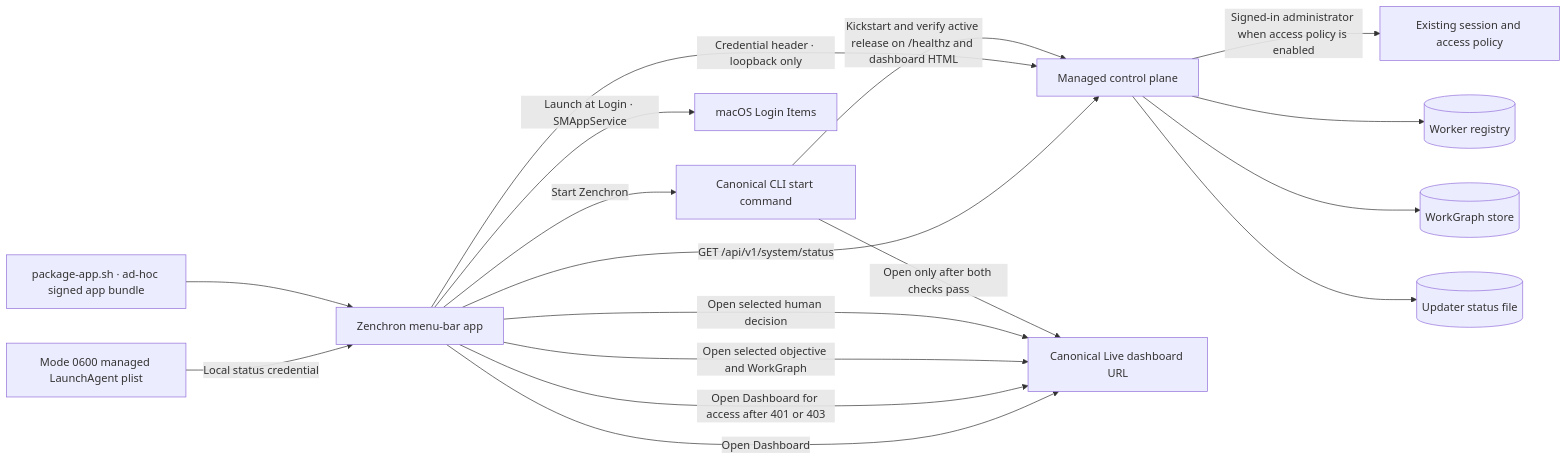
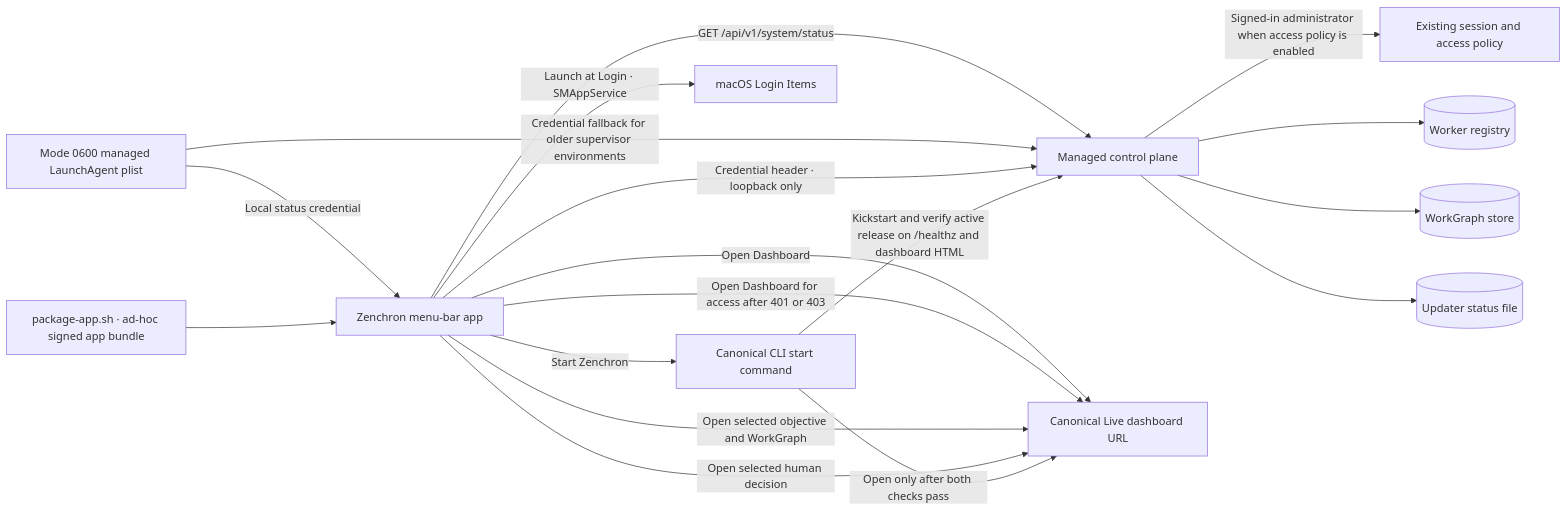
The diagram in docs/features/macos-menu-bar-companion.md (bogdaniel/zenchron-engineering-os), drawn with Mermaid before and after one commit. The commit also changed other lines of this file and 5 other files, not shown here.

````diff
--- a/docs/features/macos-menu-bar-companion.md
+++ b/docs/features/macos-menu-bar-companion.md
@@ -8,19 +8,20 @@
 ```mermaid
 flowchart LR
   Companion[Zenchron menu-bar app] -->|GET /api/v1/system/status| API[Managed control plane]
   LaunchAgent[Mode 0600 managed LaunchAgent plist] -->|Local status credential| Companion
+  LaunchAgent -->|Credential fallback for older supervisor environments| API
   Companion -->|Credential header · loopback only| API
   API -->|Signed-in administrator when access policy is enabled| Auth[Existing session and access policy]
   API --> Workers[(Worker registry)]
   API --> Graphs[(WorkGraph store)]
   API --> Update[(Updater status file)]
   Companion -->|Open Dashboard| Browser[Canonical Live dashboard URL]
   Companion -->|Open Dashboard for access after 401 or 403| Browser
   Companion -->|Open selected objective and WorkGraph| Browser
   Companion -->|Open selected human decision| Browser
   Companion -->|Start Zenchron| CLI[Canonical CLI start command]
   CLI -->|Kickstart and verify active release on /healthz and dashboard HTML| API
   CLI -->|Open only after both checks pass| Browser
   Bundle[package-app.sh · ad-hoc signed app bundle] --> Companion
   Companion -->|Launch at Login · SMAppService| Settings[macOS Login Items]
 ```
````
